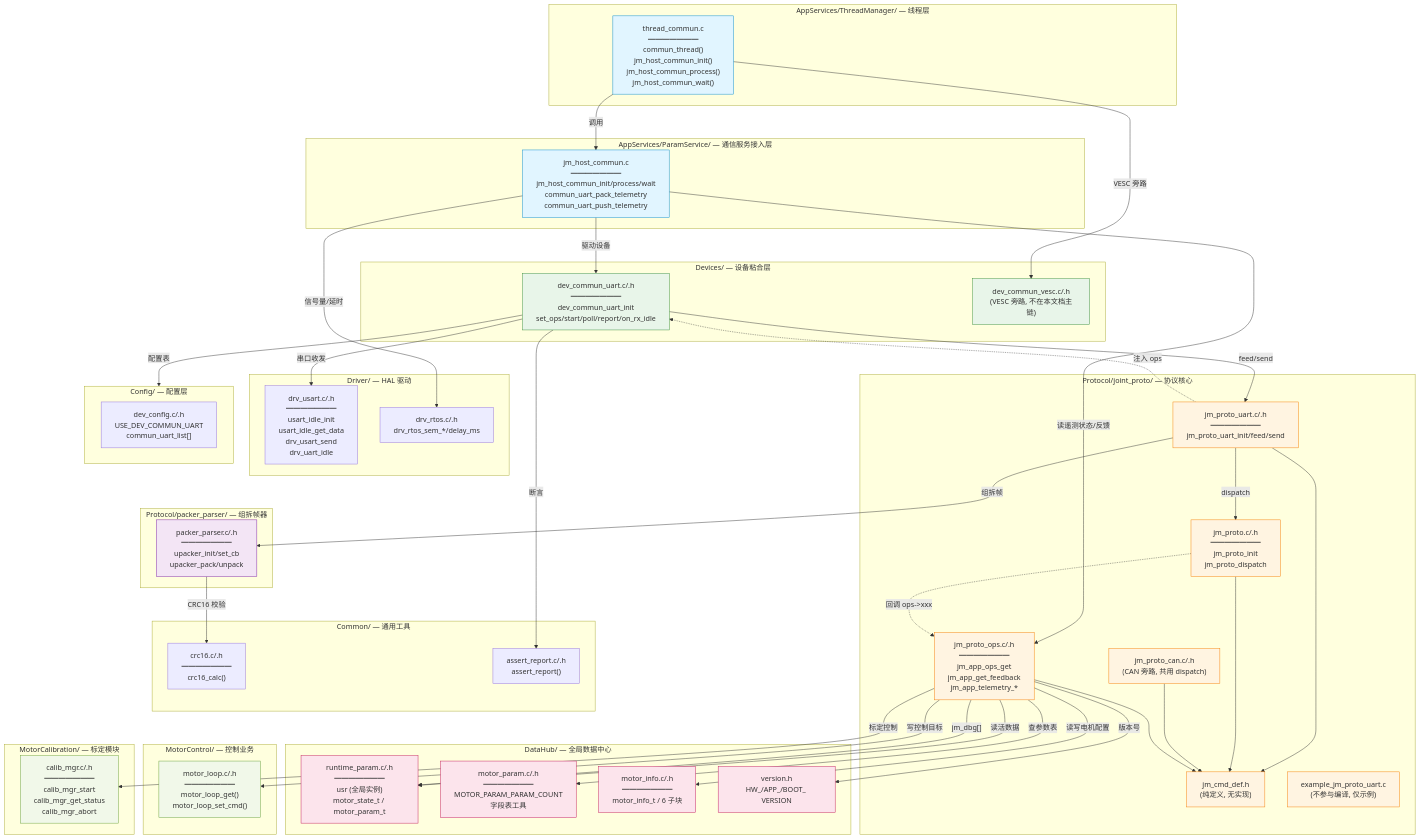
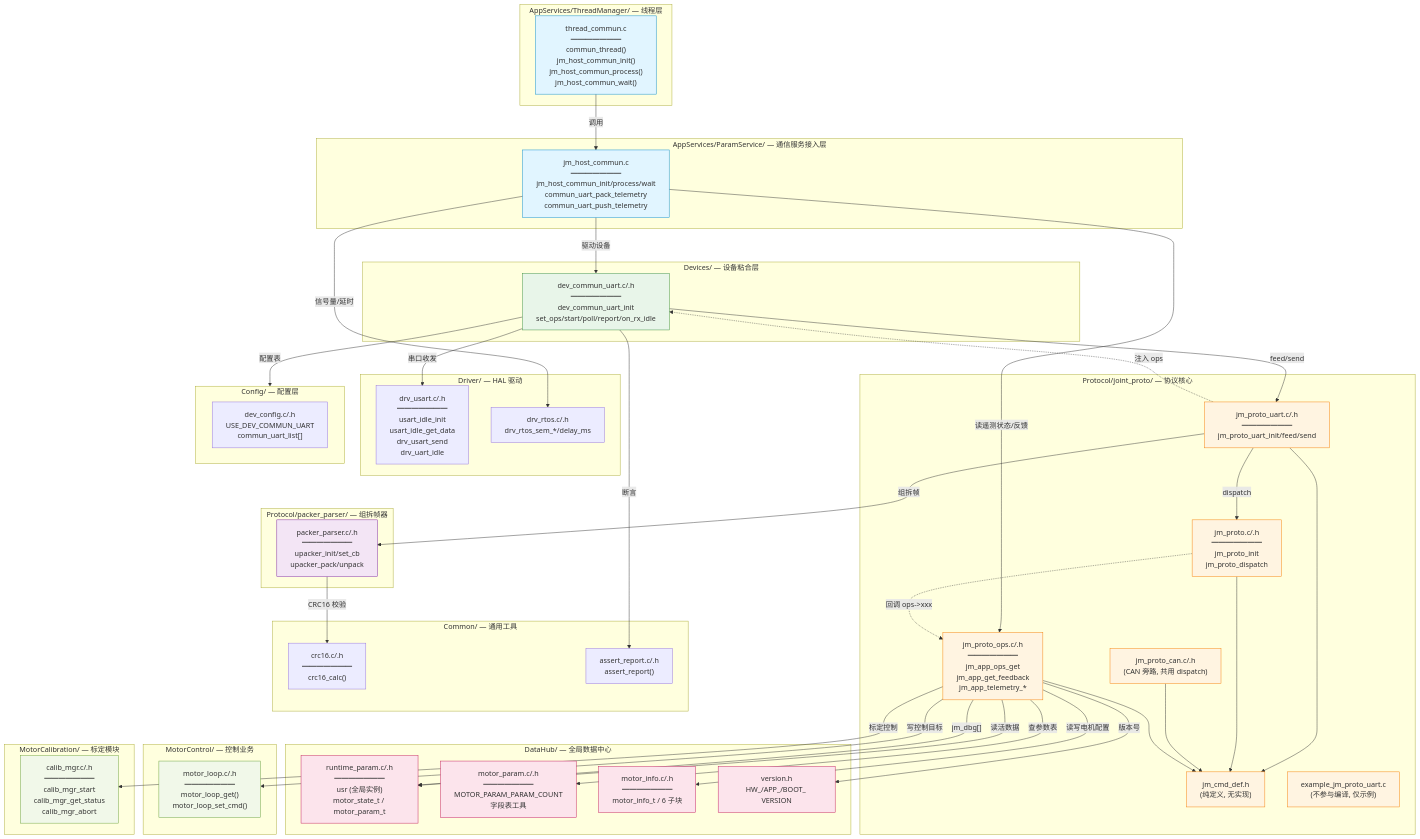
One commit to DalinYYYY/JM-App changed the first of 13 diagrams in User/Protocol/docs/joint_proto_文件逻辑关系图.md. Above: the diagram before and after it, drawn with Mermaid. The commit also changed other lines of this file and 4 other files, not shown here.

````diff
--- a/User/Protocol/docs/joint_proto_文件逻辑关系图.md
+++ b/User/Protocol/docs/joint_proto_文件逻辑关系图.md
@@ -47,7 +47,6 @@
 
     subgraph DEVS["Devices/ — 设备粘合层"]
         DCU["dev_commun_uart.c/.h<br/>━━━━━━━<br/>dev_commun_uart_init<br/>set_ops/start/poll/report/on_rx_idle"]
-        DCV["dev_commun_vesc.c/.h<br/>(VESC 旁路, 不在本文档主链)"]
     end
 
     subgraph PROTO["Protocol/joint_proto/ — 协议核心"]
@@ -103,7 +102,6 @@
     PP -->|"CRC16 校验"| CRC
     DCU -->|"串口收发"| DU
     JHC -->|"信号量/延时"| DRT
-    TC -->|"VESC 旁路"| DCV
 
     JPO -->|"写控制目标"| ML
     JPO -->|"读活数据"| RP
@@ -130,7 +128,7 @@
     class JHC thread
     class JP,JPO,JPU,JPC,JCD,EX proto
     class PP packer
-    class DCU,DCV dev
+    class DCU dev
     class RP,MP,MI,VER hub
     class ML,CM ctrl
 ```
````
